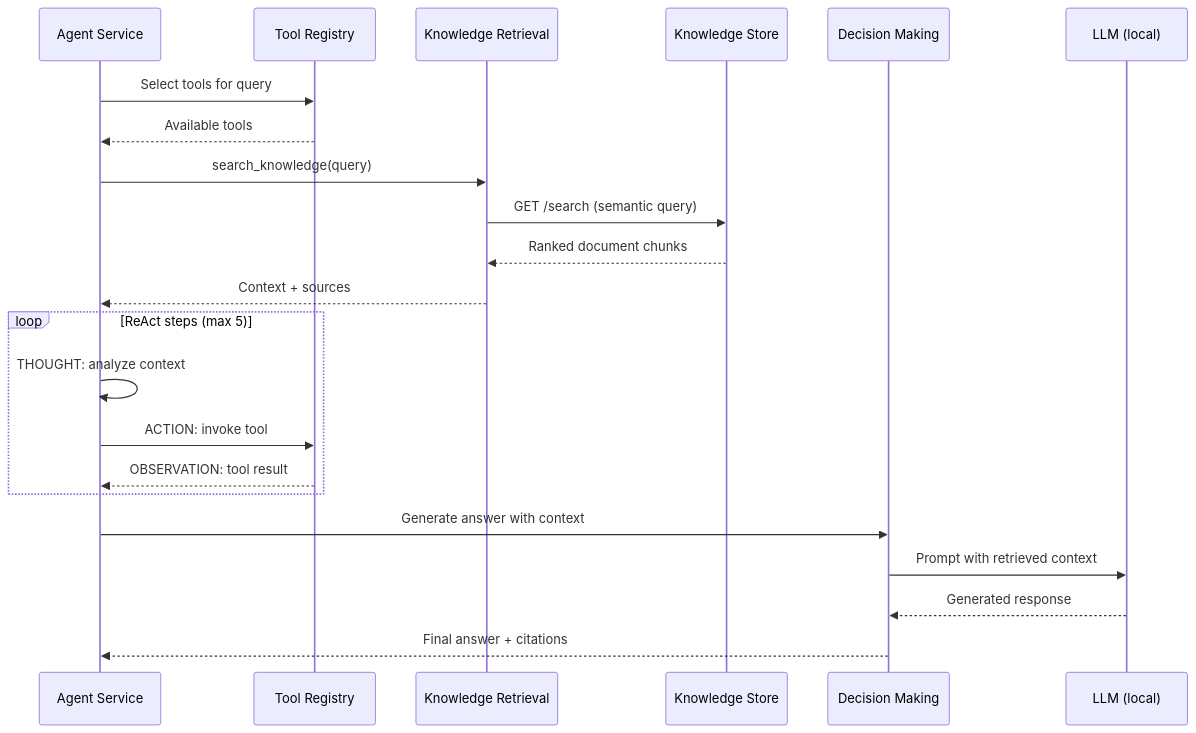
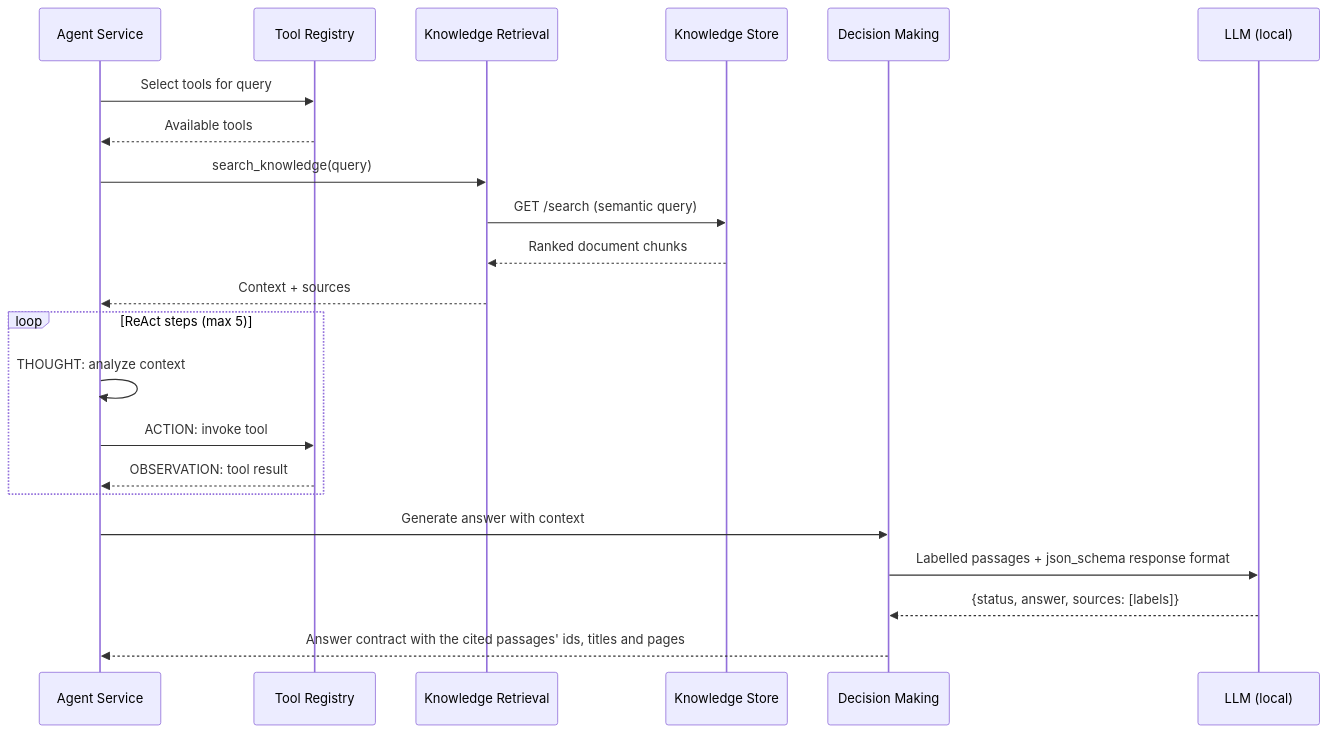
One commit to Horus-EIP/horus changed the third of 7 diagrams in docs/architecture.md. Above: the diagram before and after it, drawn with Mermaid. The commit also changed other lines of this file and 54 other files, not shown here.

````diff
--- a/docs/architecture.md
+++ b/docs/architecture.md
@@ -261,27 +265,27 @@
 ```mermaid
 sequenceDiagram
     participant Agent as Agent Service
     participant TR as Tool Registry
     participant KR as Knowledge Retrieval
     participant KS as Knowledge Store
     participant DM as Decision Making
     participant LLM as LLM (local)
 
     Agent->>TR: Select tools for query
     TR-->>Agent: Available tools
     Agent->>KR: search_knowledge(query)
     KR->>KS: GET /search (semantic query)
     KS-->>KR: Ranked document chunks
     KR-->>Agent: Context + sources
 
     loop ReAct steps (max 5)
         Agent->>Agent: THOUGHT: analyze context
         Agent->>TR: ACTION: invoke tool
         TR-->>Agent: OBSERVATION: tool result
     end
 
     Agent->>DM: Generate answer with context
-    DM->>LLM: Prompt with retrieved context
-    LLM-->>DM: Generated response
-    DM-->>Agent: Final answer + citations
+    DM->>LLM: Labelled passages + json_schema response format
+    LLM-->>DM: {status, answer, sources: [labels]}
+    DM-->>Agent: Answer contract with the cited passages' ids, titles and pages
 ```
````
